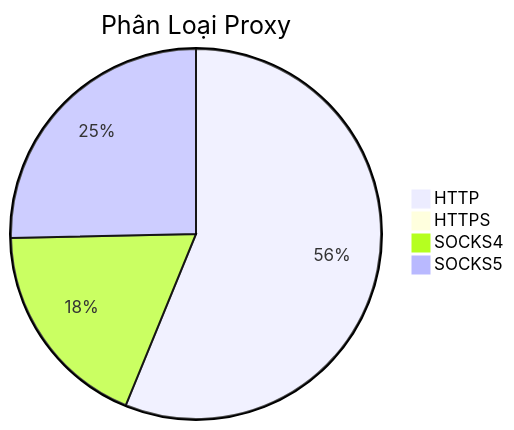
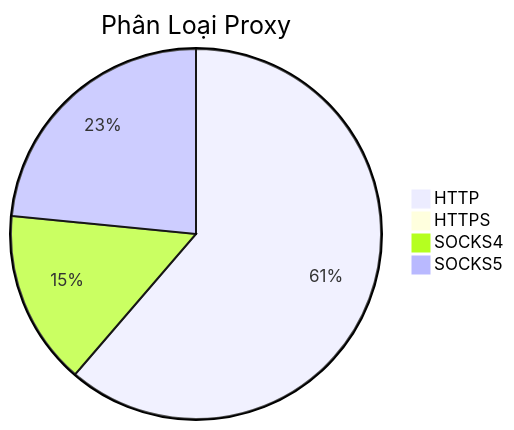
The diagram in README.md (Ciara-12/PROXY-free), drawn with Mermaid before and after one commit. The commit also changed other lines of this file and 4 other files, not shown here.

````diff
--- a/README.md
+++ b/README.md
@@ -26,7 +26,7 @@
 ```mermaid
 pie title Phân Loại Proxy
-    "HTTP" : 785
-    "HTTPS" : 2
-    "SOCKS4" : 258
-    "SOCKS5" : 354
+    "HTTP" : 905
+    "HTTPS" : 0
+    "SOCKS4" : 225
+    "SOCKS5" : 346
 ```
````
